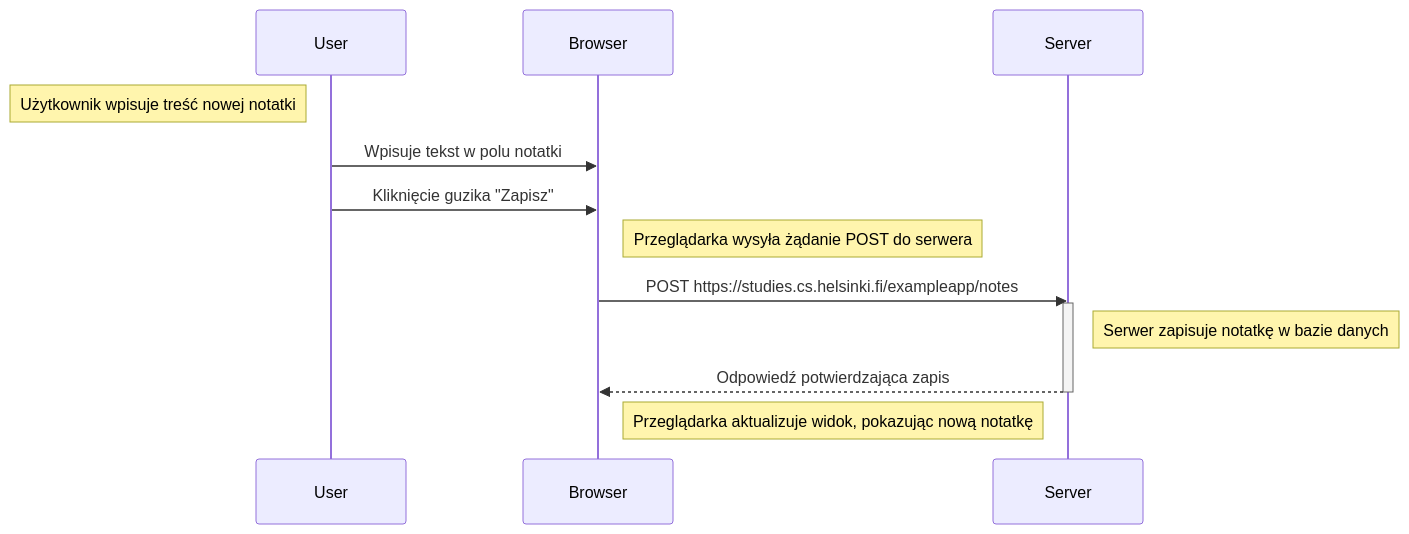
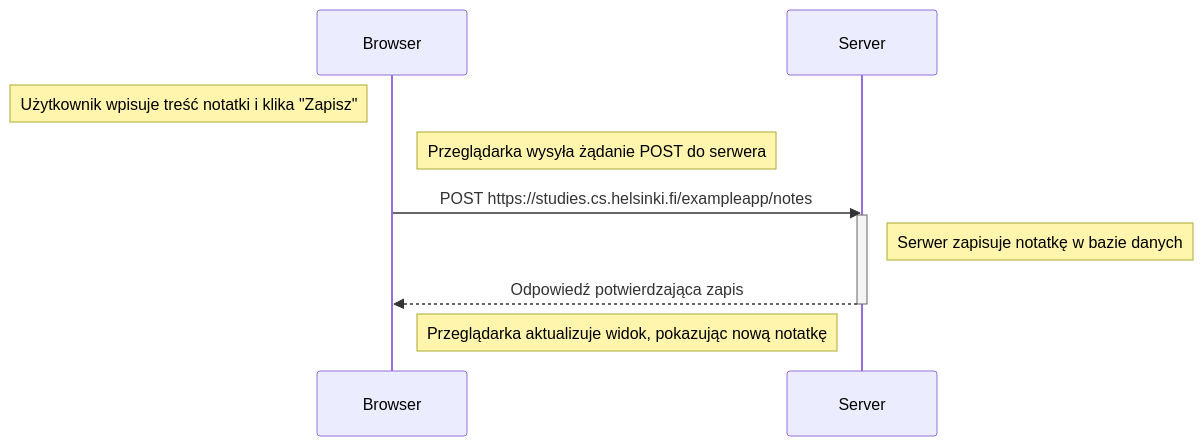
Before and after one commit to KrystianDulny8/FullStack: the diagram in Part0/Nowy diagram 0.4.mmd, drawn with Mermaid.

Commit message:
Zaktualizowano diagram nowej notatki

```diff
--- a/Part0/Nowy diagram 0.4.mmd
+++ b/Part0/Nowy diagram 0.4.mmd
@@ -1,17 +1,14 @@
 sequenceDiagram
-    participant user as User
     participant browser as Browser
     participant server as Server
 
-    Note left of user: Użytkownik wpisuje treść nowej notatki
-    user->>browser: Wpisuje tekst w polu notatki
-    user->>browser: Kliknięcie guzika "Zapisz"
-
+    Note left of browser: Użytkownik wpisuje treść notatki i klika "Zapisz"
+    
     Note right of browser: Przeglądarka wysyła żądanie POST do serwera
     browser->>server: POST https://studies.cs.helsinki.fi/exampleapp/notes
     activate server
     Note right of server: Serwer zapisuje notatkę w bazie danych
     server-->>browser: Odpowiedź potwierdzająca zapis
     deactivate server
 
     Note right of browser: Przeglądarka aktualizuje widok, pokazując nową notatkę
```
